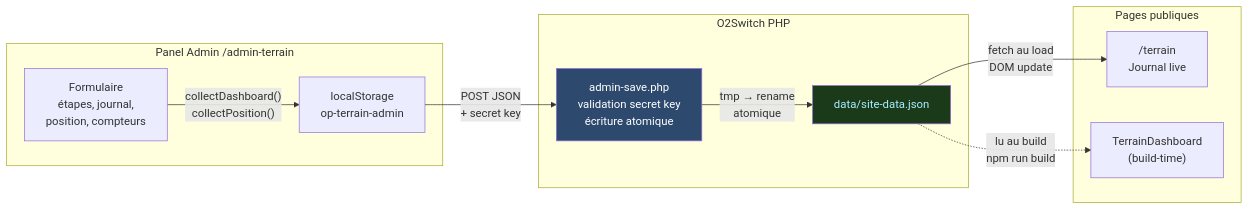
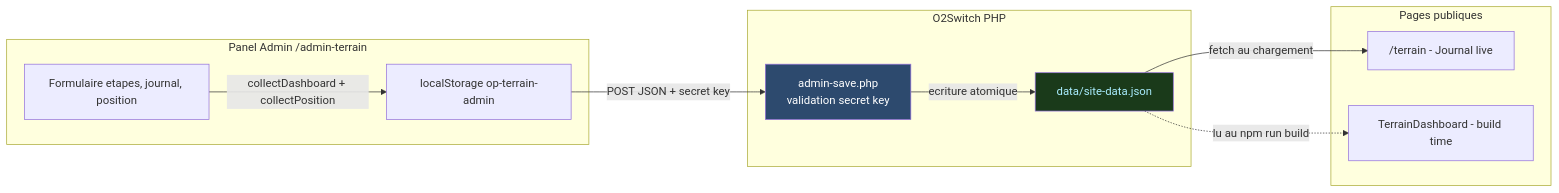
Before and after one commit to stepstev/tourdata2026.oceanphenix.fr: the third of 6 diagrams in README.md, drawn with Mermaid. The commit also changed other lines of this file, not shown here.

Commit message:
docs: correction erreurs Mermaid (sequenceDiagram accolades, backslash-n, TD conflit, HTML tags, & multi-cible avec label)

````diff
--- a/README.md
+++ b/README.md
@@ -188,26 +193,26 @@
 ```mermaid
 flowchart LR
     subgraph ADMIN["Panel Admin /admin-terrain"]
-        FORM["Formulaire\nétapes, journal,\nposition, compteurs"]
-        LS["localStorage\nop-terrain-admin"]
+        FORM["Formulaire etapes, journal, position"]
+        LS["localStorage op-terrain-admin"]
     end
 
     subgraph SERVER["O2Switch PHP"]
-        PHP["admin-save.php\nvalidation secret key\nécriture atomique"]
+        PHP["admin-save.php\nvalidation secret key"]
         JSON["data/site-data.json"]
     end
 
     subgraph PUBLIC["Pages publiques"]
-        TERRAIN["/terrain\nJournal live"]
-        DASH["TerrainDashboard\n(build-time)"]
+        TERRAIN["/terrain - Journal live"]
+        DASH["TerrainDashboard - build time"]
     end
 
-    FORM -->|"collectDashboard()\ncollectPosition()"| LS
-    LS -->|"POST JSON\n+ secret key"| PHP
-    PHP -->|"tmp → rename\natomique"| JSON
-    JSON -->|"fetch au load\nDOM update"| TERRAIN
-    JSON -.->|"lu au build\nnpm run build"| DASH
+    FORM -->|"collectDashboard + collectPosition"| LS
+    LS -->|"POST JSON + secret key"| PHP
+    PHP -->|"ecriture atomique"| JSON
+    JSON -->|"fetch au chargement"| TERRAIN
+    JSON -.->|"lu au npm run build"| DASH
 
     style PHP fill:#2d4a6e,color:#fff
     style JSON fill:#1a3a1a,color:#aef
 ```
````
